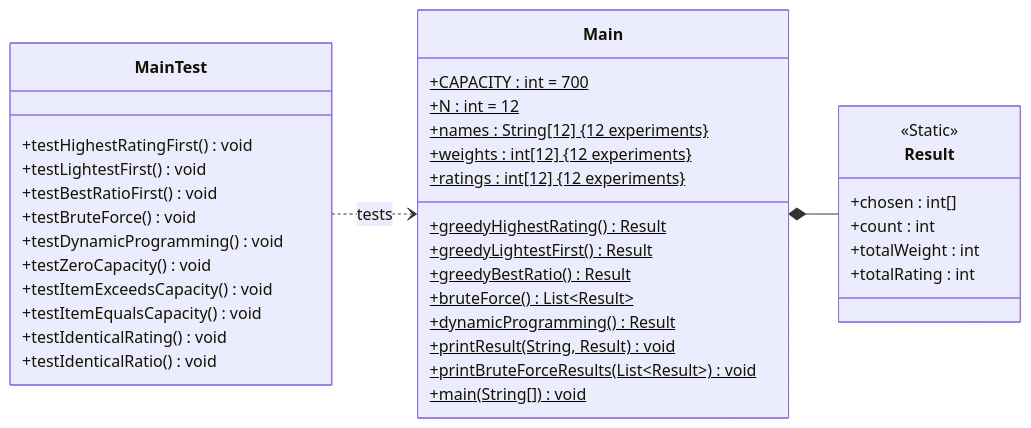
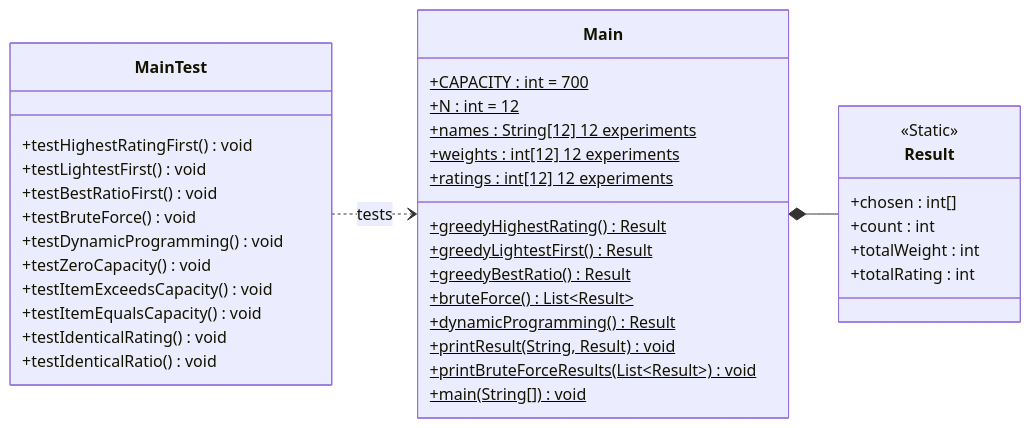
The diagram in docs/UML_Markdown.md (Adam-Kharon/CS_2430_Programming_Project_3), drawn with Mermaid before and after one commit.

Commit message:
Refine UML class attributes formatting
Updated UML Markdown to remove unnecessary annotations.

````diff
--- a/docs/UML_Markdown.md
+++ b/docs/UML_Markdown.md
@@ -1,44 +1,44 @@
 ```mermaid
 classDiagram
     direction LR
 
     class Main {
         +CAPACITY : int = 700$
         +N : int = 12$
-        +names : String[12] #123;12 experiments&#125$
-        +weights : int[12] #123;12 experiments&#125$
-        +ratings : int[12] #123;12 experiments&#125$
+        +names : String[12] 12 experiments$
+        +weights : int[12] 12 experiments$
+        +ratings : int[12] 12 experiments$
         +greedyHighestRating() Result$
         +greedyLightestFirst() Result$
         +greedyBestRatio() Result$
         +bruteForce() List~Result~$
         +dynamicProgramming() Result$
         +printResult(String, Result) void$
         +printBruteForceResults(List~Result~) void$
         +main(String[]) void$
     }
 
     class Result {
         <<Static>>
         +chosen : int[]
         +count : int
         +totalWeight : int
         +totalRating : int
     }
 
     class MainTest {
         +testHighestRatingFirst() void
         +testLightestFirst() void
         +testBestRatioFirst() void
         +testBruteForce() void
         +testDynamicProgramming() void
         +testZeroCapacity() void
         +testItemExceedsCapacity() void
         +testItemEqualsCapacity() void
         +testIdenticalRating() void
         +testIdenticalRatio() void
     }
 
     Main *-- Result
     MainTest ..> Main : tests
 ```
````
